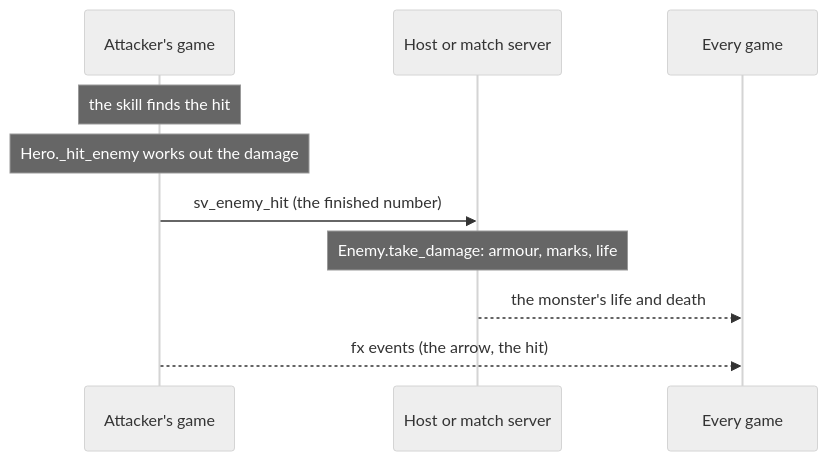
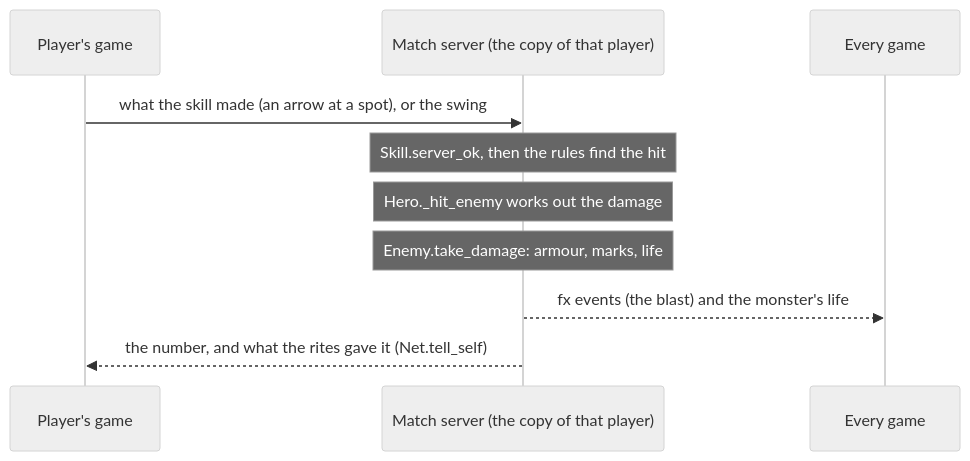
The diagram in docs/systems/combat.md (jjcw1337-rgb/ashen-crown), drawn with Mermaid (neutral theme) before and after one commit. The commit also changed other lines of this file and 8 other files, not shown here.

First line of the commit message:
Docs: every hero on the skill layout with its skills on the match server

````diff
--- a/docs/systems/combat.md
+++ b/docs/systems/combat.md
@@ -7,12 +7,12 @@
 ```mermaid
 sequenceDiagram
-  participant A as Attacker's game
-  participant S as Host or match server
+  participant A as Player's game
+  participant S as Match server (the copy of that player)
   participant E as Every game
-  Note over A: the skill finds the hit
-  Note over A: Hero._hit_enemy works out the damage
-  A->>S: sv_enemy_hit (the finished number)
+  A->>S: what the skill made (an arrow at a spot), or the swing
+  Note over S: Skill.server_ok, then the rules find the hit
+  Note over S: Hero._hit_enemy works out the damage
   Note over S: Enemy.take_damage: armour, marks, life
-  S-->>E: the monster's life and death
-  A-->>E: fx events (the arrow, the hit)
+  S-->>E: fx events (the blast) and the monster's life
+  S-->>A: the number, and what the rites gave it (Net.tell_self)
 ```
````
